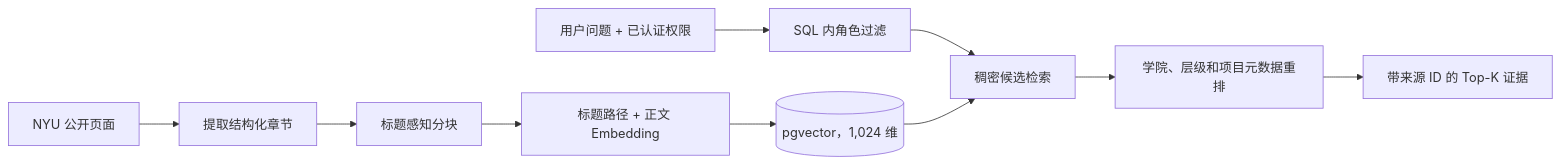
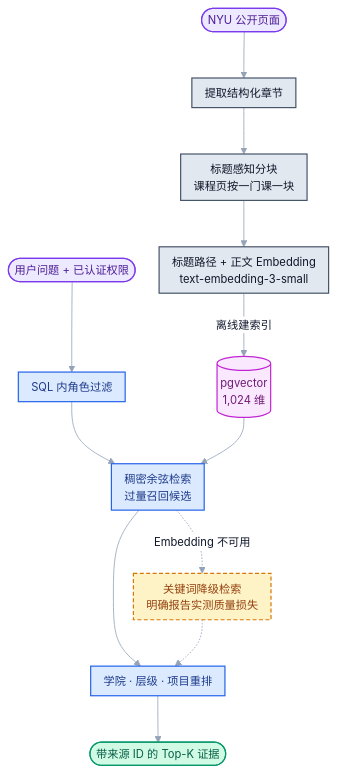
The second of 2 diagrams in README.zh-CN.md (pingan1224/Path-Pilot), drawn with Mermaid before and after one commit. The commit also changed other lines of this file and 1 other file, not shown here.

First line of the commit message:
docs: restyle the agent and RAG diagrams

````diff
--- a/README.zh-CN.md
+++ b/README.zh-CN.md
@@ -161,12 +187,37 @@
 ```mermaid
-flowchart LR
-    H["NYU 公开页面"] --> E["提取结构化章节"]
-    E --> C["标题感知分块"]
-    C --> B["标题路径 + 正文 Embedding"]
-    B --> PG[("pgvector，1,024 维")]
-    Q["用户问题 + 已认证权限"] --> F["SQL 内角色过滤"]
-    F --> K["稠密候选检索"]
+%%{init: {"theme":"base","themeVariables":{"fontFamily":"-apple-system, BlinkMacSystemFont, Segoe UI, PingFang SC, Microsoft YaHei, Helvetica, Arial, sans-serif","fontSize":"14px","lineColor":"#94a3b8","primaryTextColor":"#0f172a","edgeLabelBackground":"#ffffff"},"flowchart":{"curve":"basis","nodeSpacing":30,"rankSpacing":58,"padding":8}}}%%
+flowchart TB
+    H(["NYU 公开页面"])
+    E["提取结构化章节"]
+    C["标题感知分块<br/>课程页按一门课一块"]
+    B["标题路径 + 正文 Embedding<br/>text-embedding-3-small"]
+    PG[("pgvector<br/>1,024 维")]
+    Q(["用户问题 + 已认证权限"])
+    F["SQL 内角色过滤"]
+    K["稠密余弦检索<br/>过量召回候选"]
+    FB["关键词降级检索<br/>明确报告实测质量损失"]
+    RR["学院 · 层级 · 项目重排"]
+    TOP(["带来源 ID 的 Top-K 证据"])
+
+    H --> E --> C --> B
+    B -->|"离线建索引"| PG
+    Q --> F --> K
     PG --> K
-    K --> RR["学院、层级和项目元数据重排"]
-    RR --> TOP["带来源 ID 的 Top-K 证据"]
+    K --> RR --> TOP
+    K -.->|"Embedding 不可用"| FB
+    FB -.-> RR
+
+    classDef entry fill:#ede9fe,stroke:#7c3aed,stroke-width:1.5px,color:#4c1d95
+    classDef ingest fill:#e2e8f0,stroke:#475569,stroke-width:1.5px,color:#0f172a
+    classDef store fill:#fae8ff,stroke:#c026d3,stroke-width:1.5px,color:#701a75
+    classDef step fill:#dbeafe,stroke:#2563eb,stroke-width:1.5px,color:#1e3a8a
+    classDef degraded fill:#fef3c7,stroke:#d97706,stroke-width:1.5px,color:#92400e,stroke-dasharray:5 3
+    classDef out fill:#d1fae5,stroke:#059669,stroke-width:1.5px,color:#065f46
+
+    class H,Q entry
+    class E,C,B ingest
+    class PG store
+    class F,K,RR step
+    class FB degraded
+    class TOP out
 ```
````
